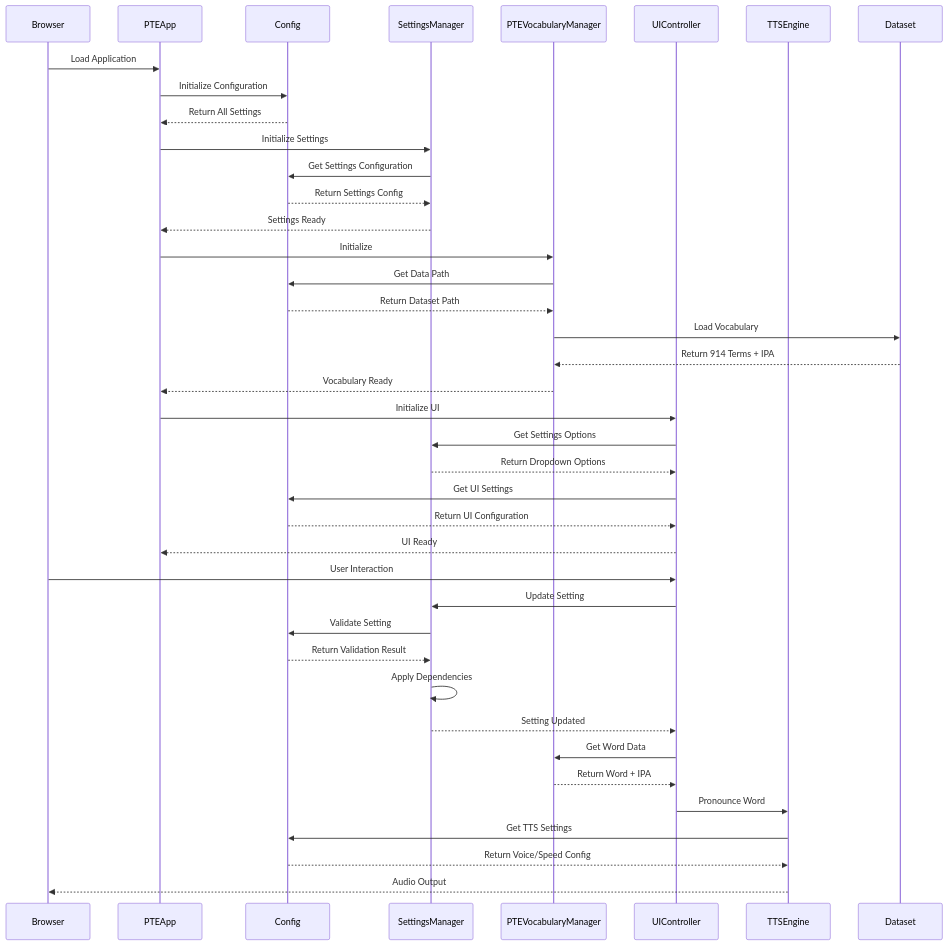
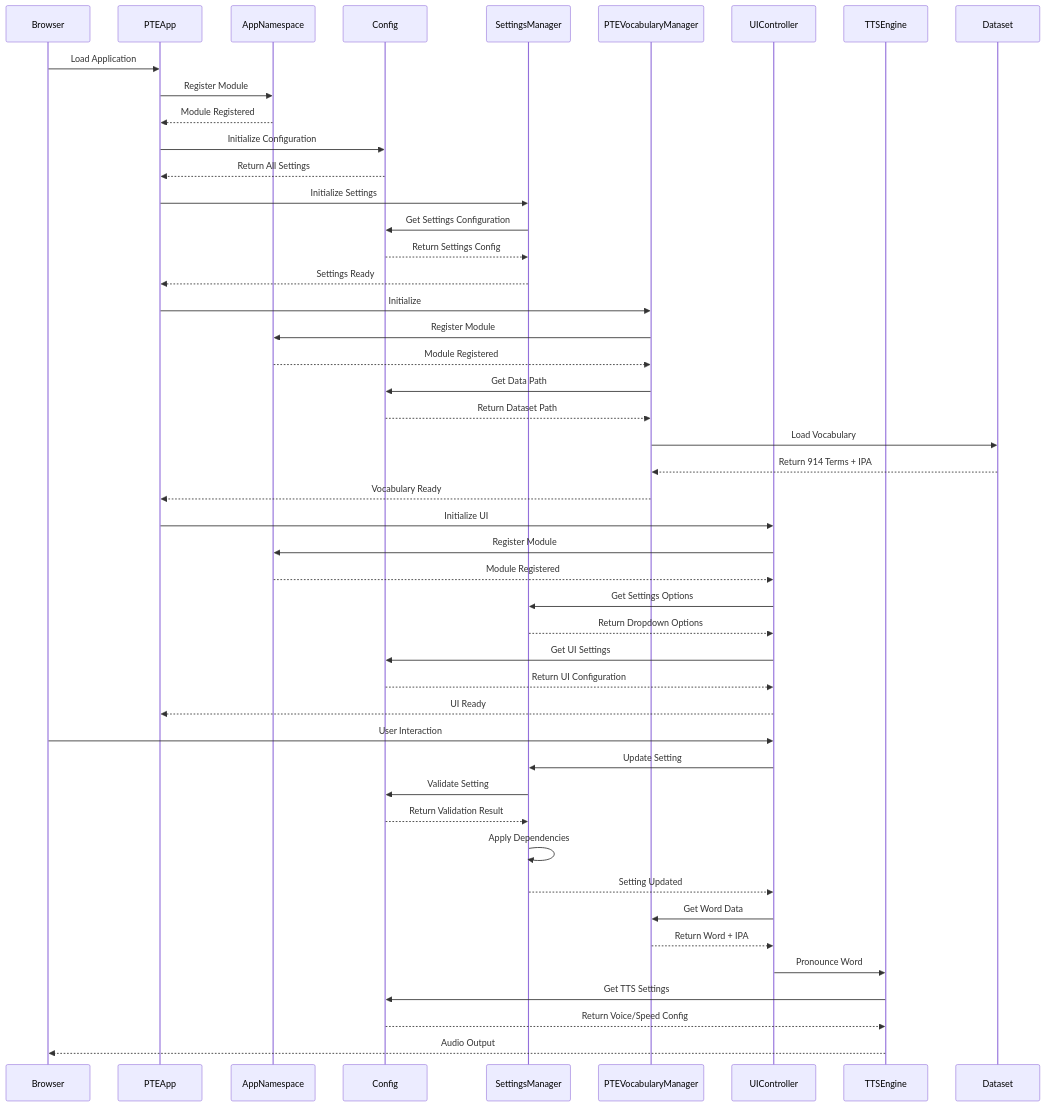
The third of 8 diagrams in docs/WORKFLOW.md (david3xu/ccl-pronunciation-trainer), drawn with Mermaid before and after one commit. The commit also changed other lines of this file and 16 other files, not shown here.

````diff
--- a/docs/WORKFLOW.md
+++ b/docs/WORKFLOW.md
@@ -53,47 +53,55 @@
 ```mermaid
 sequenceDiagram
     participant Browser
     participant PTEApp
+    participant AppNamespace
     participant Config
     participant SettingsManager
     participant PTEVocabularyManager
     participant UIController
     participant TTSEngine
     participant Dataset
 
     Browser->>PTEApp: Load Application
+    PTEApp->>AppNamespace: Register Module
+    AppNamespace-->>PTEApp: Module Registered
+    
     PTEApp->>Config: Initialize Configuration
     Config-->>PTEApp: Return All Settings
 
     PTEApp->>SettingsManager: Initialize Settings
     SettingsManager->>Config: Get Settings Configuration
     Config-->>SettingsManager: Return Settings Config
     SettingsManager-->>PTEApp: Settings Ready
 
     PTEApp->>PTEVocabularyManager: Initialize
+    PTEVocabularyManager->>AppNamespace: Register Module
+    AppNamespace-->>PTEVocabularyManager: Module Registered
     PTEVocabularyManager->>Config: Get Data Path
     Config-->>PTEVocabularyManager: Return Dataset Path
     PTEVocabularyManager->>Dataset: Load Vocabulary
     Dataset-->>PTEVocabularyManager: Return 914 Terms + IPA
     PTEVocabularyManager-->>PTEApp: Vocabulary Ready
 
     PTEApp->>UIController: Initialize UI
+    UIController->>AppNamespace: Register Module
+    AppNamespace-->>UIController: Module Registered
     UIController->>SettingsManager: Get Settings Options
     SettingsManager-->>UIController: Return Dropdown Options
     UIController->>Config: Get UI Settings
     Config-->>UIController: Return UI Configuration
     UIController-->>PTEApp: UI Ready
 
     Browser->>UIController: User Interaction
     UIController->>SettingsManager: Update Setting
     SettingsManager->>Config: Validate Setting
     Config-->>SettingsManager: Return Validation Result
     SettingsManager->>SettingsManager: Apply Dependencies
     SettingsManager-->>UIController: Setting Updated
     UIController->>PTEVocabularyManager: Get Word Data
     PTEVocabularyManager-->>UIController: Return Word + IPA
     UIController->>TTSEngine: Pronounce Word
     TTSEngine->>Config: Get TTS Settings
     Config-->>TTSEngine: Return Voice/Speed Config
     TTSEngine-->>Browser: Audio Output
 ```
````
